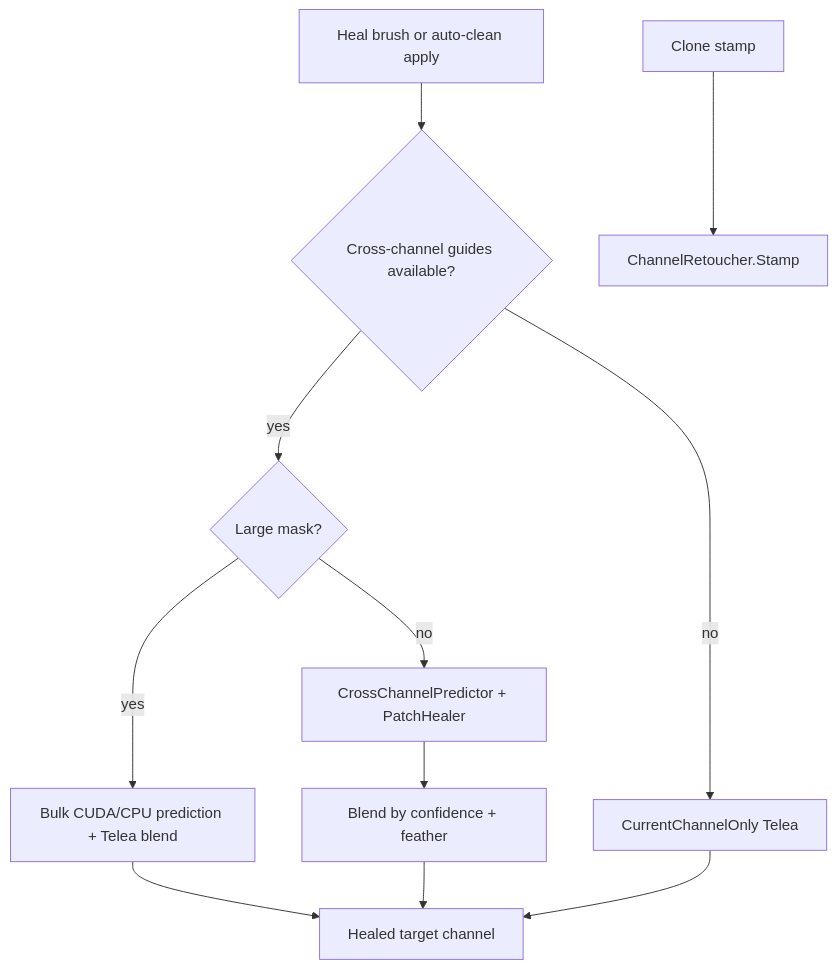
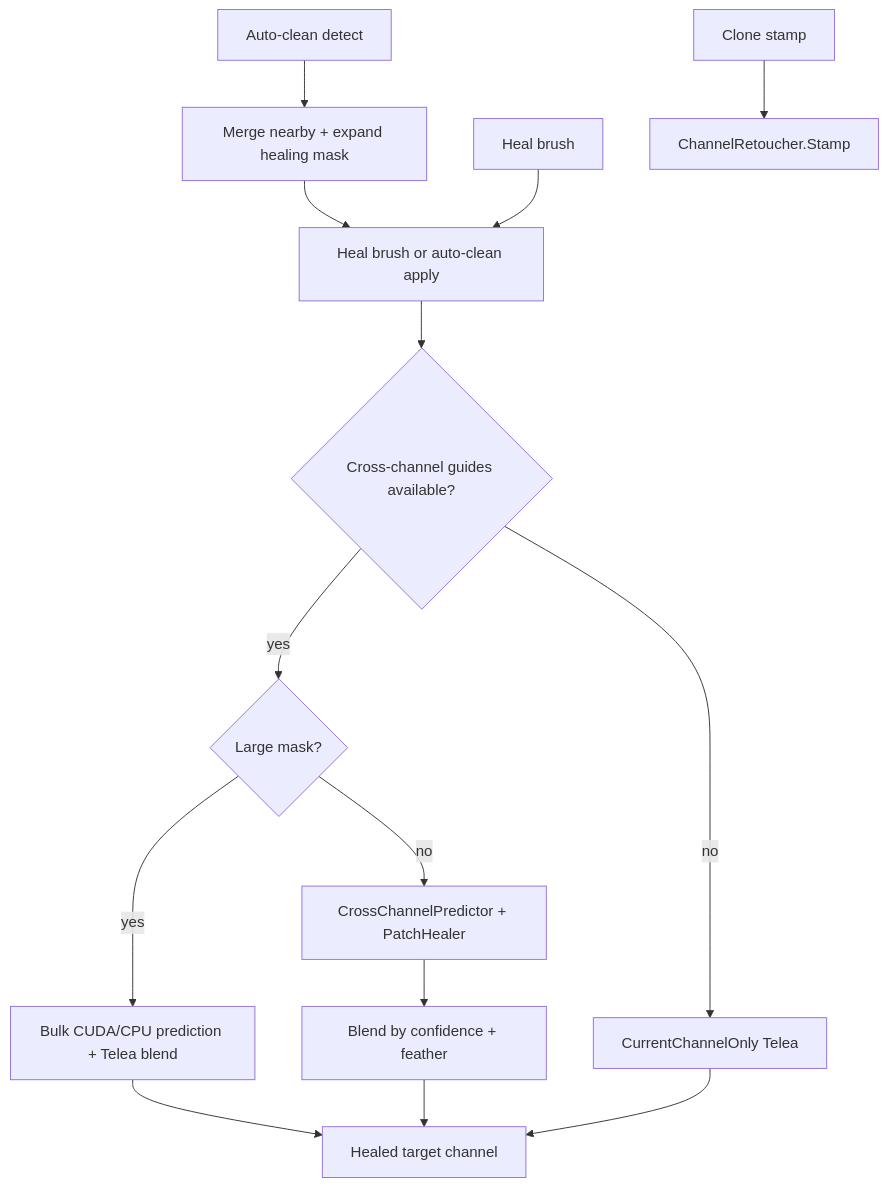
One commit to antsht/-Prokudin changed the second of 3 diagrams in docs/architecture.md. Above: the diagram before and after it, drawn with Mermaid. The commit also changed other lines of this file and 11 other files, not shown here.

Commit message:
feat(retouch): prepare auto-clean masks

````diff
--- a/docs/architecture.md
+++ b/docs/architecture.md
@@ -116,14 +119,17 @@
 ```mermaid
 flowchart TD
-  stroke[Heal brush or auto-clean apply]
+  auto[Auto-clean detect]
+  auto --> prep[Merge nearby + expand healing mask]
+  prep --> stroke[Heal brush or auto-clean apply]
+  brush[Heal brush] --> stroke
   stroke --> guides{Cross-channel guides available?}
   guides -->|yes| large{Large mask?}
   large -->|yes| bulk[Bulk CUDA/CPU prediction + Telea blend]
   large -->|no| cc[CrossChannelPredictor + PatchHealer]
   guides -->|no| fallback[CurrentChannelOnly Telea]
   cc --> blend[Blend by confidence + feather]
   bulk --> out[Healed target channel]
   fallback --> out[Healed target channel]
   blend --> out
   stamp[Clone stamp] --> copy[ChannelRetoucher.Stamp]
 ```
````
